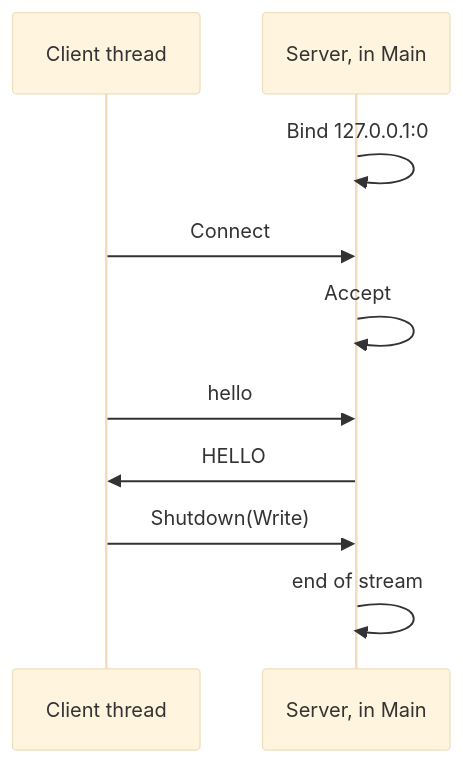
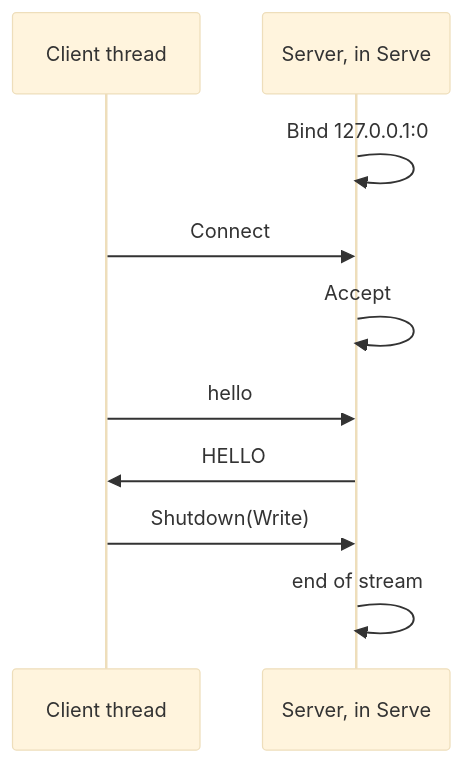
One commit to rux-lang/Web changed the diagram in content/docs/1.learn/26.systems/06.tcp.md. Above: the diagram before and after it, drawn with Mermaid (base theme). The commit also changed other lines of this file and 30 other files, not shown here.

````diff
--- a/content/docs/1.learn/26.systems/06.tcp.md
+++ b/content/docs/1.learn/26.systems/06.tcp.md
@@ -31,12 +31,12 @@
 ```mermaid
 sequenceDiagram
     participant C as Client thread
-    participant S as Server, in Main
+    participant S as Server, in Serve
     S->>S: Bind 127.0.0.1:0
     C->>S: Connect
     S->>S: Accept
     C->>S: hello
     S->>C: HELLO
     C->>S: Shutdown(Write)
     S->>S: end of stream
 ```
````
